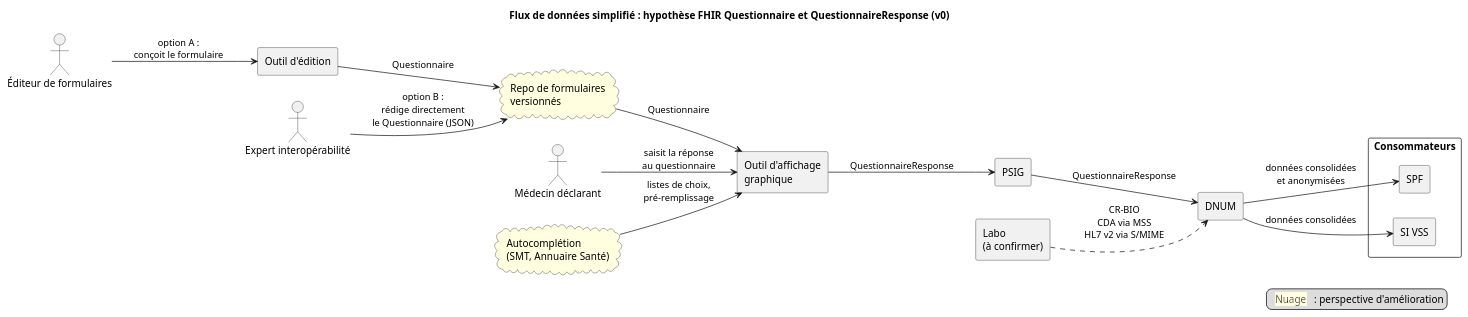
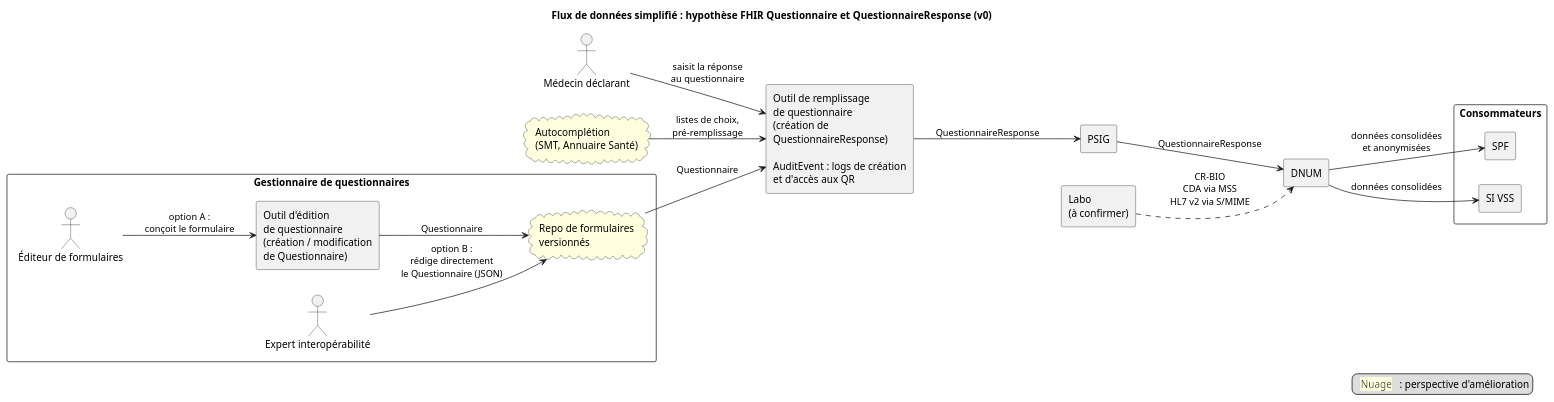
Before and after one commit to nriss/ig-test-dmso: the diagram in input/images-source/architecture-flux-donnees-simplifie.plantuml, drawn with PlantUML. The commit also changed 4 other files, not shown here.

Commit message:
Architecture : séparation outil d'édition / outil de remplissage, case Gestionnaire de questionnaires, AuditEvent

```diff
--- a/input/images-source/architecture-flux-donnees-simplifie.plantuml
+++ b/input/images-source/architecture-flux-donnees-simplifie.plantuml
@@ -1,38 +1,40 @@
 @startuml
 ' Version 0 - à améliorer
 title Flux de données simplifié : hypothèse FHIR Questionnaire et QuestionnaireResponse (v0)
 
 left to right direction
 
-actor "Éditeur de formulaires" as ED
-actor "Expert interopérabilité" as EI
+rectangle "Gestionnaire de questionnaires" as GQ {
+  actor "Éditeur de formulaires" as ED
+  actor "Expert interopérabilité" as EI
+  rectangle "Outil d'édition\nde questionnaire\n(création / modification\nde Questionnaire)" as FD
+  cloud "Repo de formulaires\nversionnés" as FM #LightYellow
+}
 actor "Médecin déclarant" as PS
 
-rectangle "Outil d'édition" as FD
-cloud "Repo de formulaires\nversionnés" as FM #LightYellow
-rectangle "Outil d'affichage\ngraphique" as FF
+rectangle "Outil de remplissage\nde questionnaire\n(création de\nQuestionnaireResponse)\n\nAuditEvent : logs de création\net d'accès aux QR" as FF
 cloud "Autocomplétion\n(SMT, Annuaire Santé)" as AC #LightYellow
 rectangle "PSIG" as PSIG
 rectangle "DNUM" as DNUM
 rectangle "Labo\n(à confirmer)" as DMP
 rectangle "Consommateurs" as DEST {
   rectangle "SPF" as SPF
   rectangle "SI VSS" as VSS
 }
 
 ED --> FD : option A :\nconçoit le formulaire
 FD --> FM : Questionnaire
 EI --> FM : option B :\nrédige directement\nle Questionnaire (JSON)
 FM --> FF : Questionnaire
 AC --> FF : listes de choix,\npré-remplissage
 PS --> FF : saisit la réponse\nau questionnaire
 FF --> PSIG : QuestionnaireResponse
 PSIG --> DNUM : QuestionnaireResponse
 DMP ..> DNUM : CR-BIO\nCDA via MSS\nHL7 v2 via S/MIME
 DNUM --> VSS : données consolidées
 DNUM --> SPF : données consolidées\net anonymisées
 
 legend right
   <back:LightYellow>  Nuage  </back> : perspective d'amélioration
 endlegend
 @enduml
```
